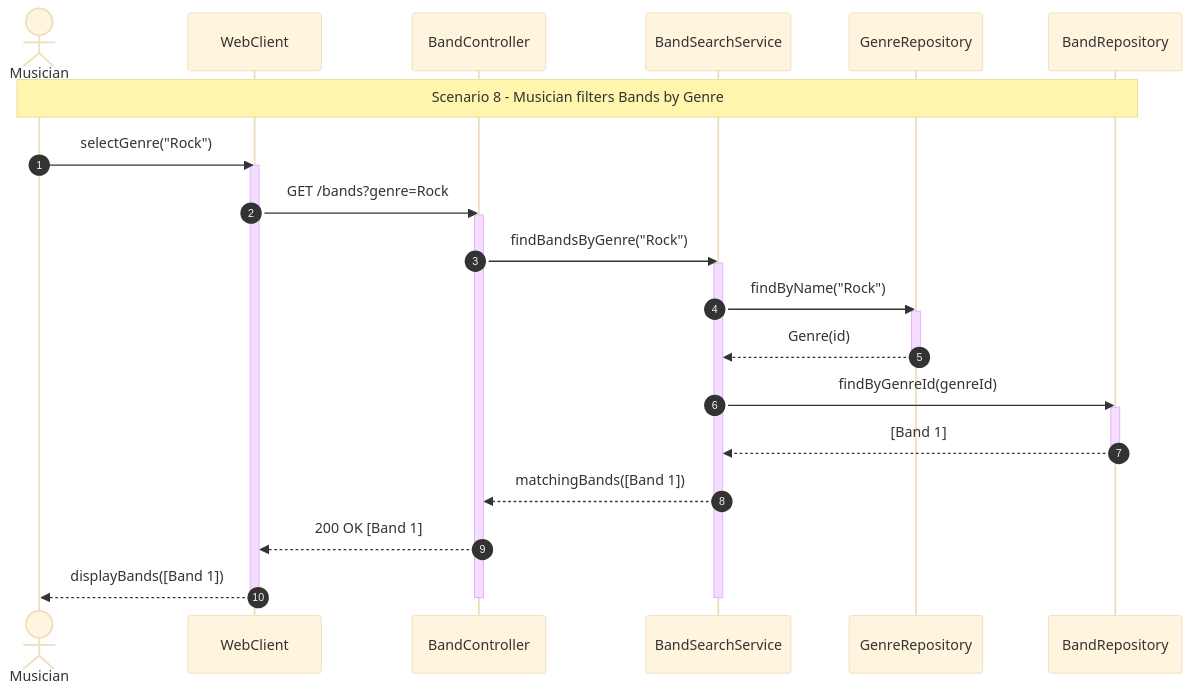
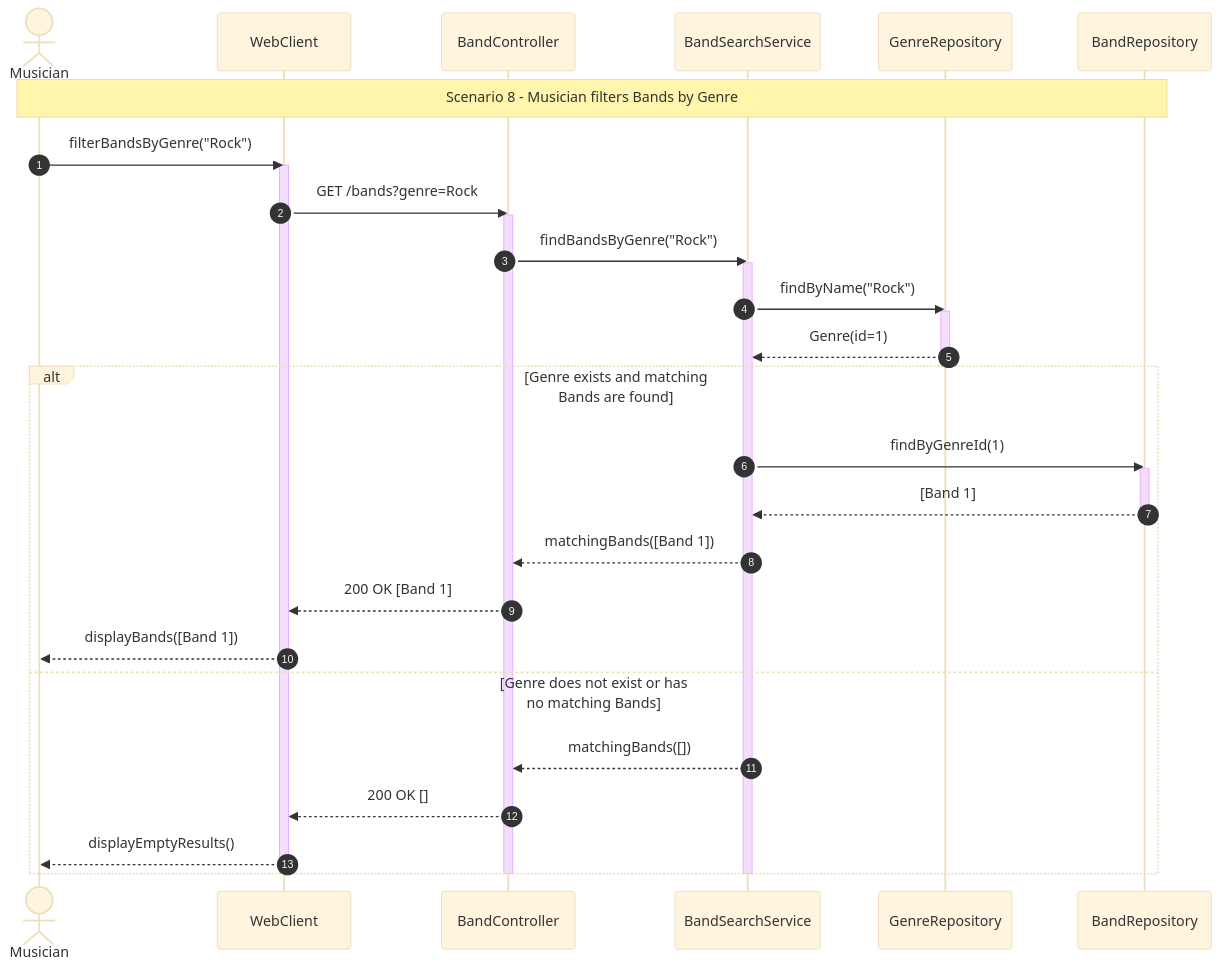
Before and after one commit to therealsunfl0wer/SMRA-labs: the diagram in 3-sequence/diagrams/scenario-08-filter-bands-by-genre.mmd, drawn with Mermaid (base theme).

Commit message:
ai: add alternative branch to genre filter sequence

```diff
--- a/3-sequence/diagrams/scenario-08-filter-bands-by-genre.mmd
+++ b/3-sequence/diagrams/scenario-08-filter-bands-by-genre.mmd
@@ -1,29 +1,35 @@
 sequenceDiagram
     autonumber
     actor M as Musician
     participant UI as WebClient
     participant API as BandController
     participant BS as BandSearchService
     participant GR as GenreRepository
     participant BR as BandRepository
     Note over M,BR: Scenario 8 - Musician filters Bands by Genre
-    M->>UI: selectGenre("Rock")
+    M->>UI: filterBandsByGenre("Rock")
     activate UI
     UI->>API: GET /bands?genre=Rock
     activate API
     API->>BS: findBandsByGenre("Rock")
     activate BS
     BS->>GR: findByName("Rock")
     activate GR
-    GR-->>BS: Genre(id)
+    GR-->>BS: Genre(id=1)
     deactivate GR
-    BS->>BR: findByGenreId(genreId)
-    activate BR
-    BR-->>BS: [Band 1]
-    deactivate BR
-    BS-->>API: matchingBands([Band 1])
-    API-->>UI: 200 OK [Band 1]
-    UI-->>M: displayBands([Band 1])
+    alt Genre exists and matching Bands are found
+        BS->>BR: findByGenreId(1)
+        activate BR
+        BR-->>BS: [Band 1]
+        deactivate BR
+        BS-->>API: matchingBands([Band 1])
+        API-->>UI: 200 OK [Band 1]
+        UI-->>M: displayBands([Band 1])
+    else Genre does not exist or has no matching Bands
+        BS-->>API: matchingBands([])
+        API-->>UI: 200 OK []
+        UI-->>M: displayEmptyResults()
+    end
     deactivate BS
     deactivate API
     deactivate UI
```
